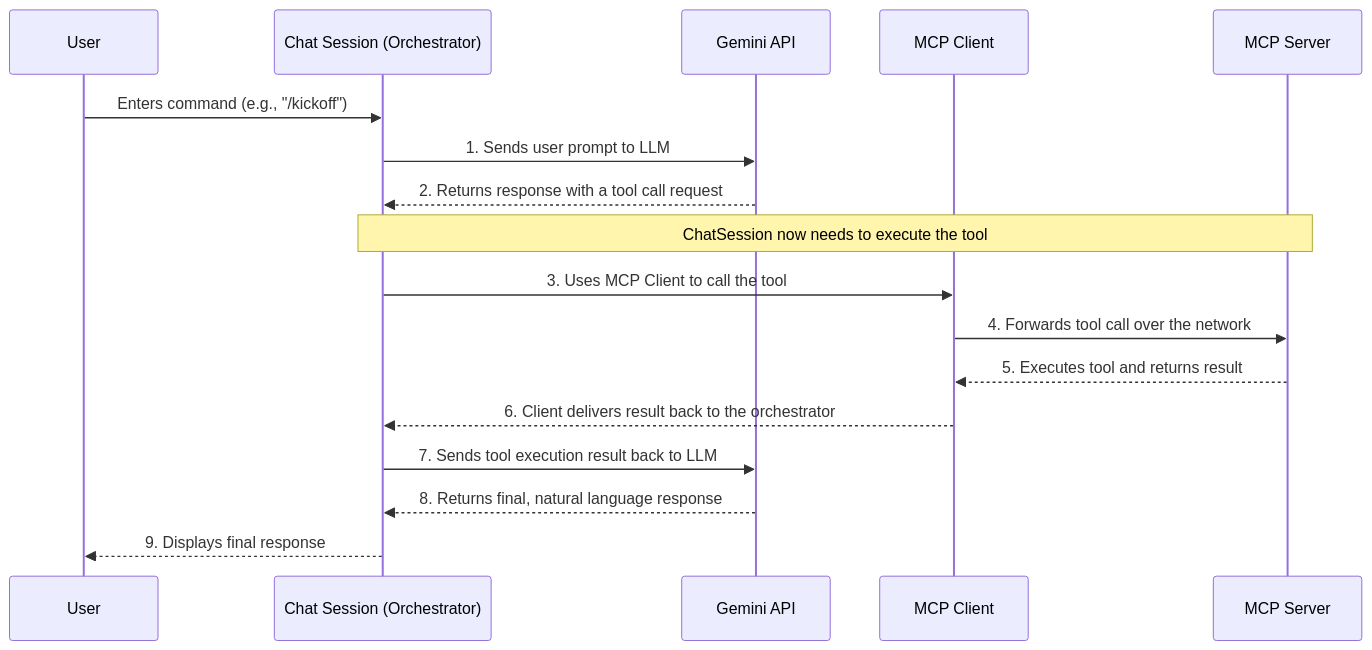
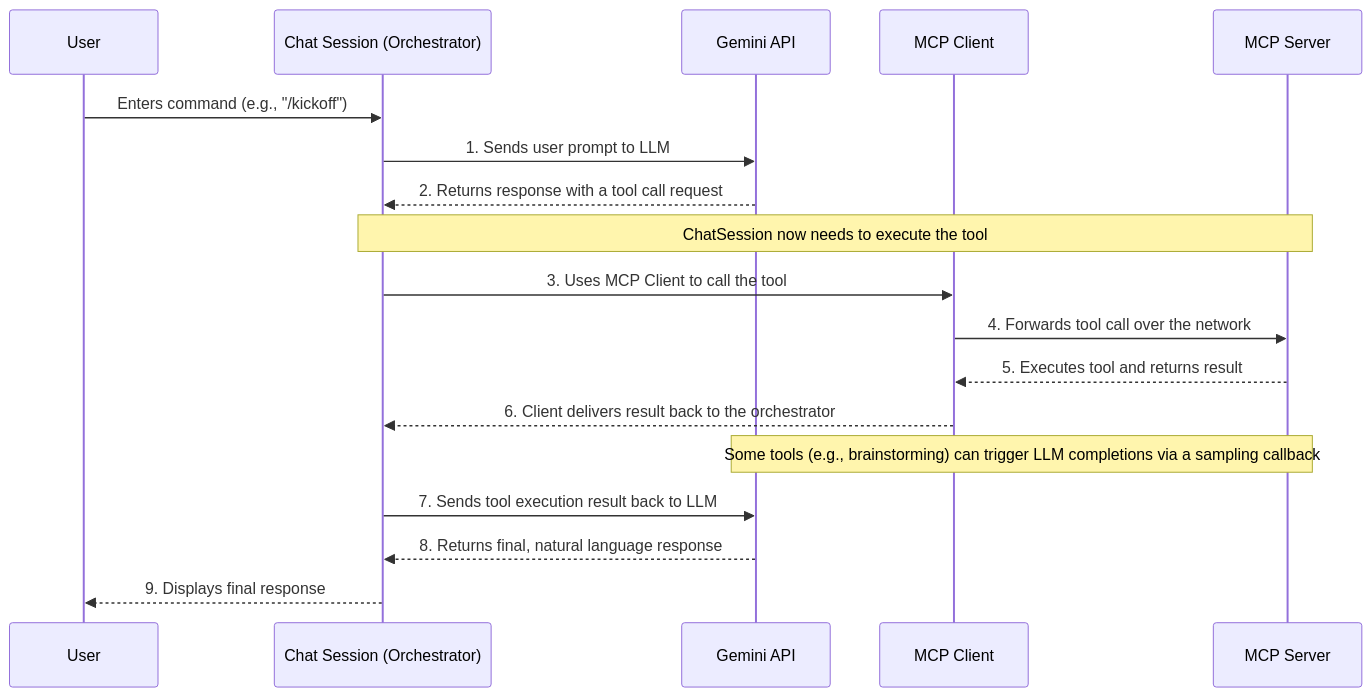
Before and after one commit to massimilianobotticelli/mcp-meeting-assistant: the diagram in README.md, drawn with Mermaid. The commit also changed other lines of this file, not shown here.

Commit message:
:memo: add sampling description in the readme

````diff
--- a/README.md
+++ b/README.md
@@ -89,24 +91,26 @@
 ```mermaid
 sequenceDiagram
     participant User
     participant ChatSession as Chat Session (Orchestrator)
     participant GeminiAPI as Gemini API
     participant MCPClient as MCP Client
     participant MCPServer as MCP Server
 
     User->>ChatSession: Enters command (e.g., "/kickoff")
     ChatSession->>GeminiAPI: 1. Sends user prompt to LLM
 
     GeminiAPI-->>ChatSession: 2. Returns response with a tool call request
     
     Note over ChatSession, MCPServer: ChatSession now needs to execute the tool
-    
+
     ChatSession->>MCPClient: 3. Uses MCP Client to call the tool
     MCPClient->>MCPServer: 4. Forwards tool call over the network
     MCPServer-->>MCPClient: 5. Executes tool and returns result
     MCPClient-->>ChatSession: 6. Client delivers result back to the orchestrator
 
+    Note over MCPServer, GeminiAPI: Some tools (e.g., brainstorming) can trigger LLM completions via a sampling callback
+
     ChatSession->>GeminiAPI: 7. Sends tool execution result back to LLM
     GeminiAPI-->>ChatSession: 8. Returns final, natural language response
     ChatSession-->>User: 9. Displays final response
 ```
````
